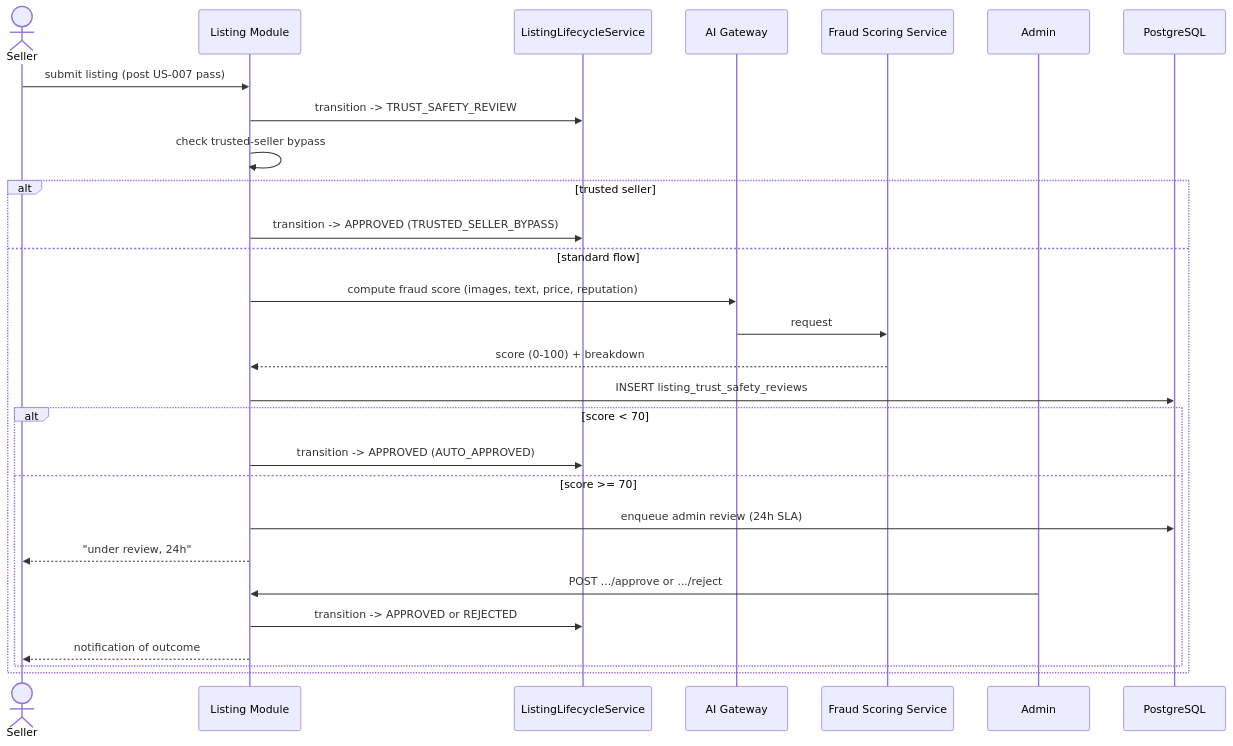
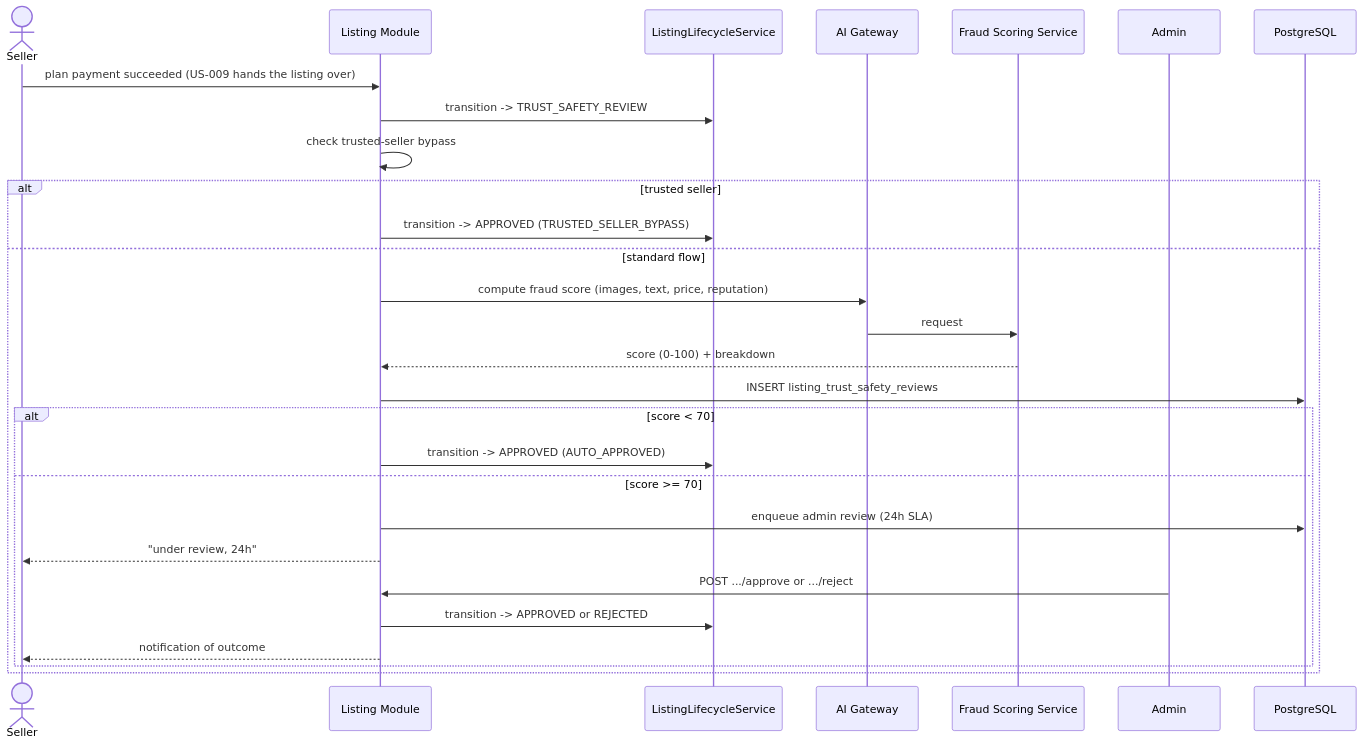
Before and after one commit to VSPL-New/Documents: the tenth of 13 diagrams in LLD/Sprint-2-Seller Listing Creation-LLD.md, drawn with Mermaid. The commit also changed other lines of this file and 13 other files, not shown here.

````diff
--- a/LLD/Sprint-2-Seller Listing Creation-LLD.md
+++ b/LLD/Sprint-2-Seller Listing Creation-LLD.md
@@ -2055,31 +2066,31 @@
 ```mermaid
 sequenceDiagram
     actor Seller
     participant Backend as Listing Module
     participant Lifecycle as ListingLifecycleService
     participant Gateway as AI Gateway
     participant FraudAI as Fraud Scoring Service
     participant Admin
     participant DB as PostgreSQL
 
-    Seller->>Backend: submit listing (post US-007 pass)
+    Seller->>Backend: plan payment succeeded (US-009 hands the listing over)
     Backend->>Lifecycle: transition -> TRUST_SAFETY_REVIEW
     Backend->>Backend: check trusted-seller bypass
     alt trusted seller
         Backend->>Lifecycle: transition -> APPROVED (TRUSTED_SELLER_BYPASS)
     else standard flow
         Backend->>Gateway: compute fraud score (images, text, price, reputation)
         Gateway->>FraudAI: request
         FraudAI-->>Backend: score (0-100) + breakdown
         Backend->>DB: INSERT listing_trust_safety_reviews
         alt score < 70
             Backend->>Lifecycle: transition -> APPROVED (AUTO_APPROVED)
         else score >= 70
             Backend->>DB: enqueue admin review (24h SLA)
             Backend-->>Seller: "under review, 24h"
             Admin->>Backend: POST .../approve or .../reject
             Backend->>Lifecycle: transition -> APPROVED or REJECTED
             Backend-->>Seller: notification of outcome
         end
     end
 ```
````
